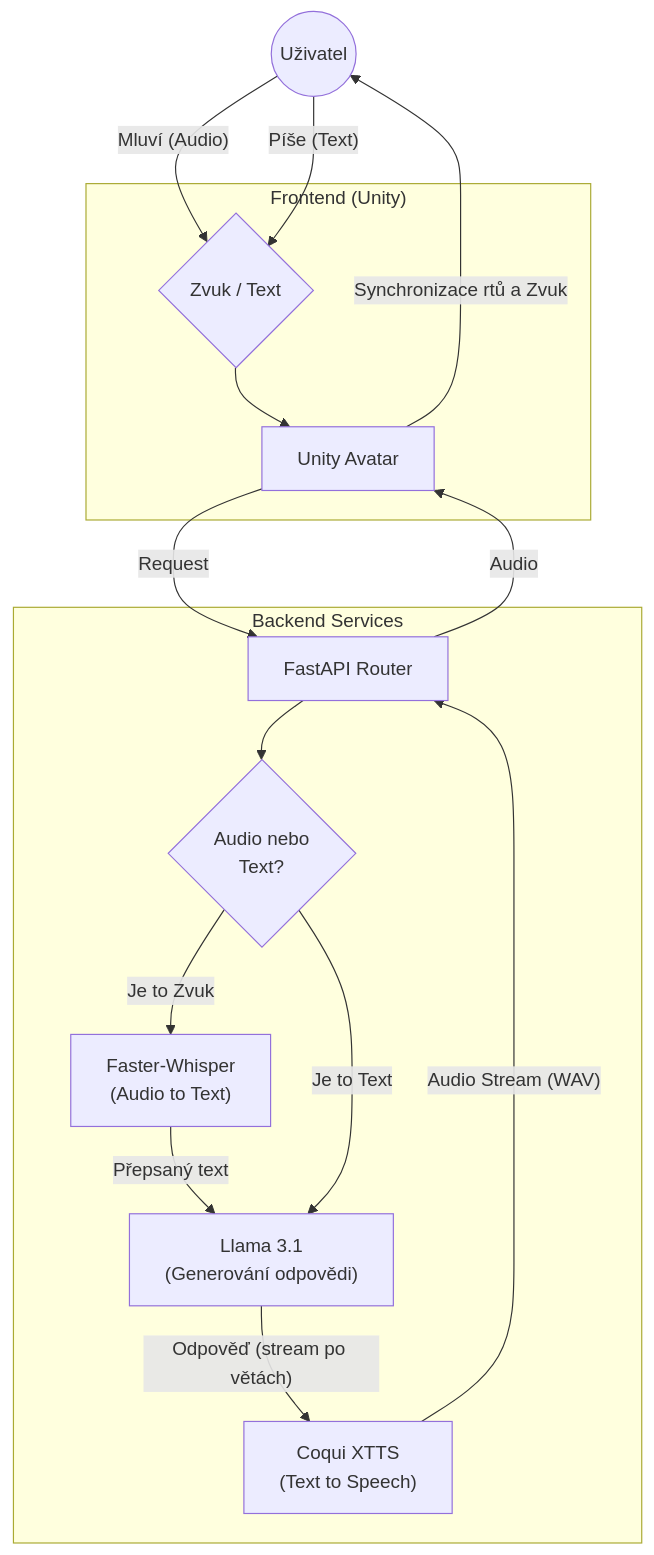
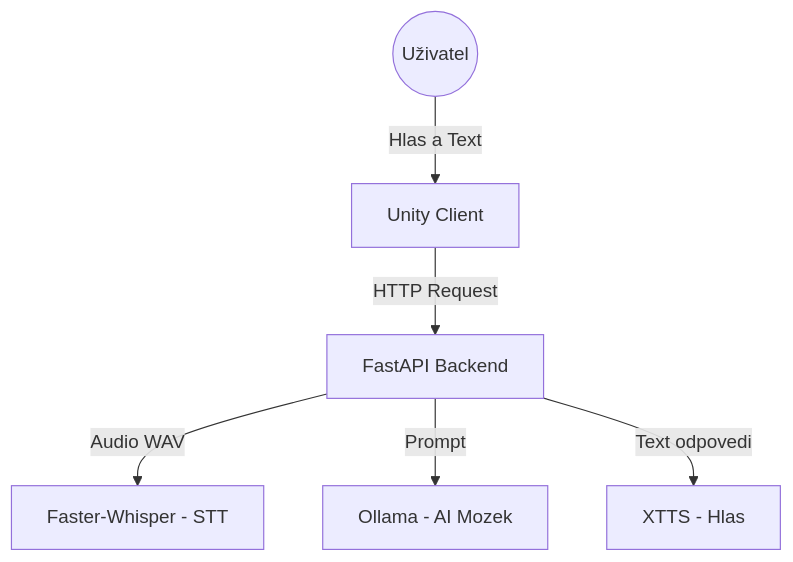
One commit to FrantisekPetricek/PraxeProjekt changed the diagram in README.md. Above: the diagram before and after it, drawn with Mermaid. The commit also changed other lines of this file, not shown here.

Commit message:
README update

````diff
--- a/README.md
+++ b/README.md
@@ -34,46 +36,18 @@
 ```mermaid
 graph TD
+    User((Uživatel))
+    Unity[Unity Client]
+    API[FastAPI Backend]
     
-    User((Uživatel))
+    Whisper[Faster-Whisper - STT]
+    Ollama[Ollama - AI Mozek]
+    XTTS[XTTS - Hlas]
 
+    %% Tok dat
+    User -- Hlas a Text --> Unity
+    Unity -- HTTP Request --> API
     
-    subgraph Client ["Frontend (Unity)"]
-        Unity[Unity Avatar]
-        InputDecider{"Zvuk / Text"}
-    end
-
-    User -- "Mluví (Audio)" --> InputDecider
-    User -- "Píše (Text)" --> InputDecider
-    InputDecider --> Unity
-
-    Unity -- "Request" --> API
-
-    
-    subgraph Server ["Backend Services"]
-        API[FastAPI Router]
-        
-        CheckInput{"Audio nebo<br/>Text?"}
-        
-        STT["Faster-Whisper<br/>(Audio to Text)"]
-        LLM["Llama 3.1<br/>(Generování odpovědi)"]
-        TTS["Coqui XTTS<br/>(Text to Speech)"]
-    end
-
-    %% --- TOK DAT V BACKENDU ---
-    API --> CheckInput
-    
-    %% Cesta 1: Zvuk
-    CheckInput -- "Je to Zvuk" --> STT
-    STT -- "Přepsaný text" --> LLM
-    
-    %% Cesta 2: Text (přímá)
-    CheckInput -- "Je to Text" --> LLM
-
-    %% Zpracování odpovědi
-    LLM -- "Odpověď (stream po větách)" --> TTS
-    TTS -- "Audio Stream (WAV)" --> API
-
-    %% --- VÝSTUP ZPĚT K UŽIVATELI ---
-    API -- "Audio" --> Unity
-    Unity -- "Synchronizace rtů a Zvuk" --> User
+    API -- Audio WAV --> Whisper
+    API -- Prompt --> Ollama
+    API -- Text odpovedi --> XTTS 
 ```
````
